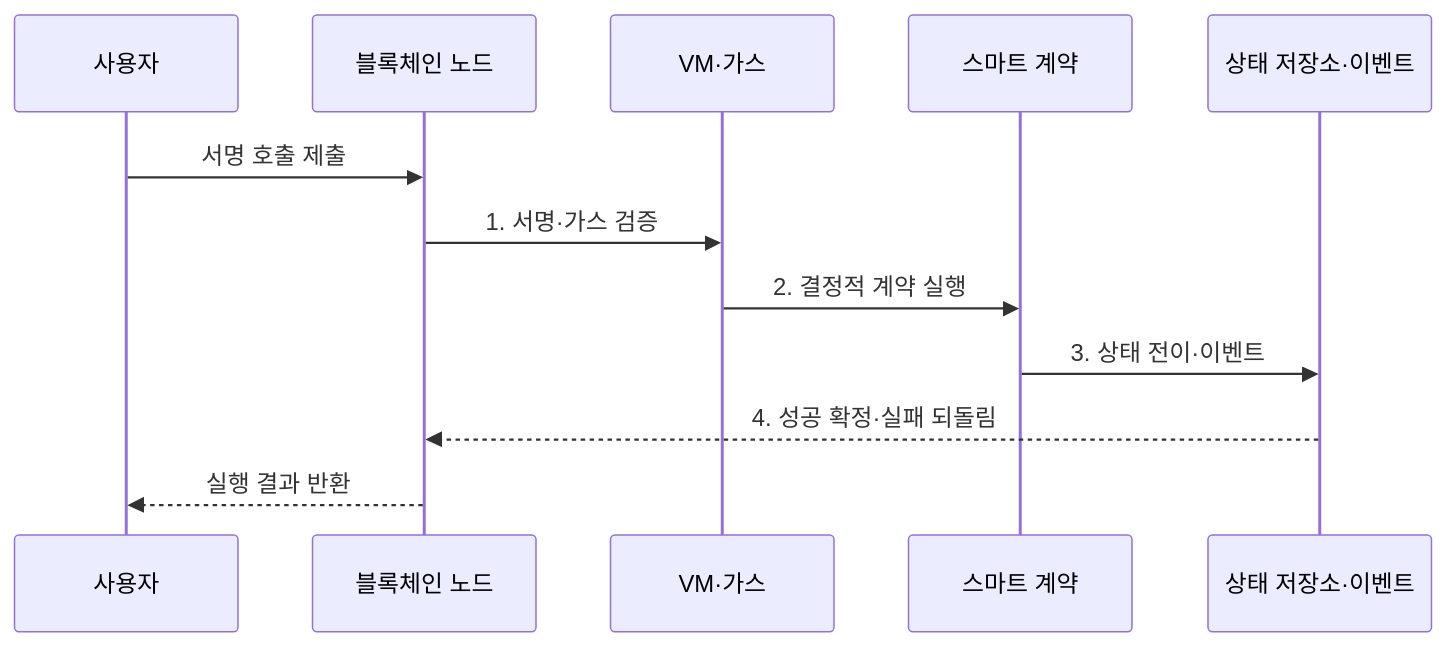
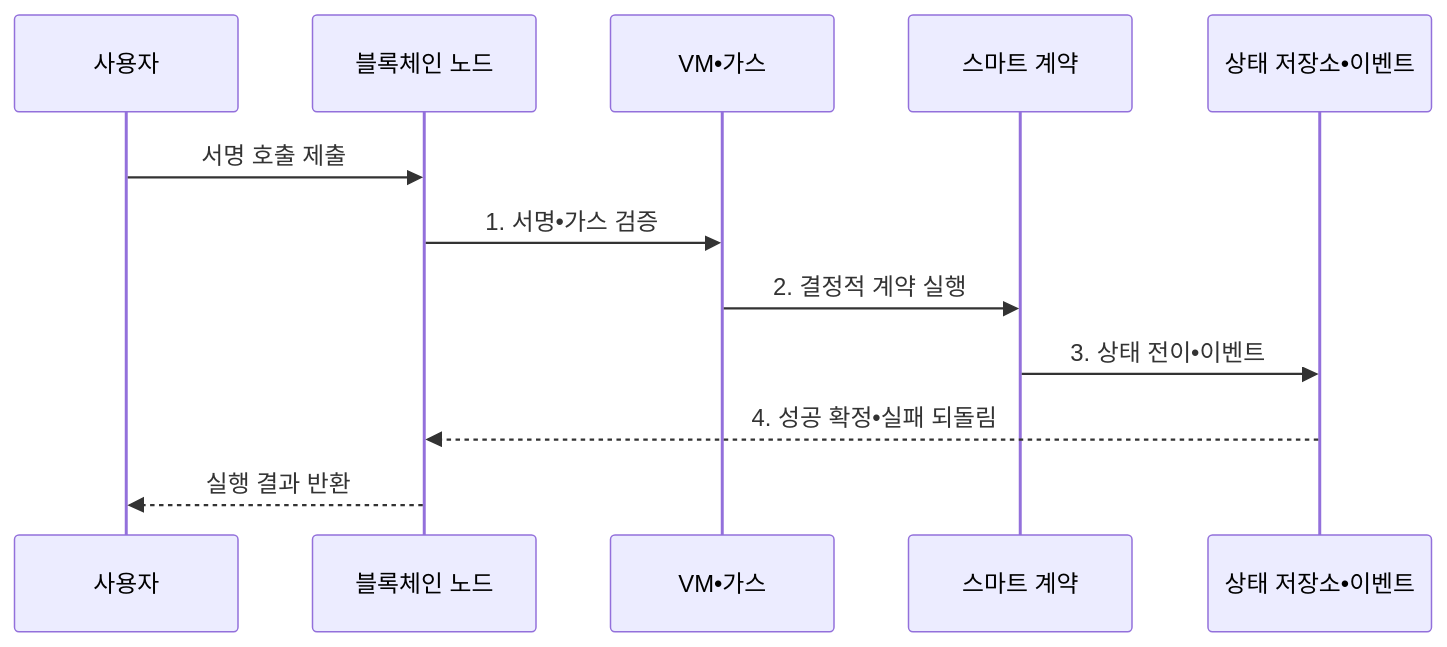
The second of 2 diagrams in src/content/docs/notes/08-latest-tech/219_smart_contract.md (agnusdei1207/knowledge-base), drawn with Mermaid before and after one commit. The commit also changed other lines of this file and 953 other files, not shown here.

````diff
--- a/src/content/docs/notes/08-latest-tech/219_smart_contract.md
+++ b/src/content/docs/notes/08-latest-tech/219_smart_contract.md
@@ -99,14 +99,14 @@
 ```mermaid
 sequenceDiagram
   participant U as 사용자
   participant N as 블록체인 노드
-  participant V as VM·가스
+  participant V as VM•가스
   participant C as 스마트 계약
-  participant S as 상태 저장소·이벤트
+  participant S as 상태 저장소•이벤트
   U->>N: 서명 호출 제출
-  N->>V: 1. 서명·가스 검증
+  N->>V: 1. 서명•가스 검증
   V->>C: 2. 결정적 계약 실행
-  C->>S: 3. 상태 전이·이벤트
-  S-->>N: 4. 성공 확정·실패 되돌림
+  C->>S: 3. 상태 전이•이벤트
+  S-->>N: 4. 성공 확정•실패 되돌림
   N-->>U: 실행 결과 반환
 ```
````
